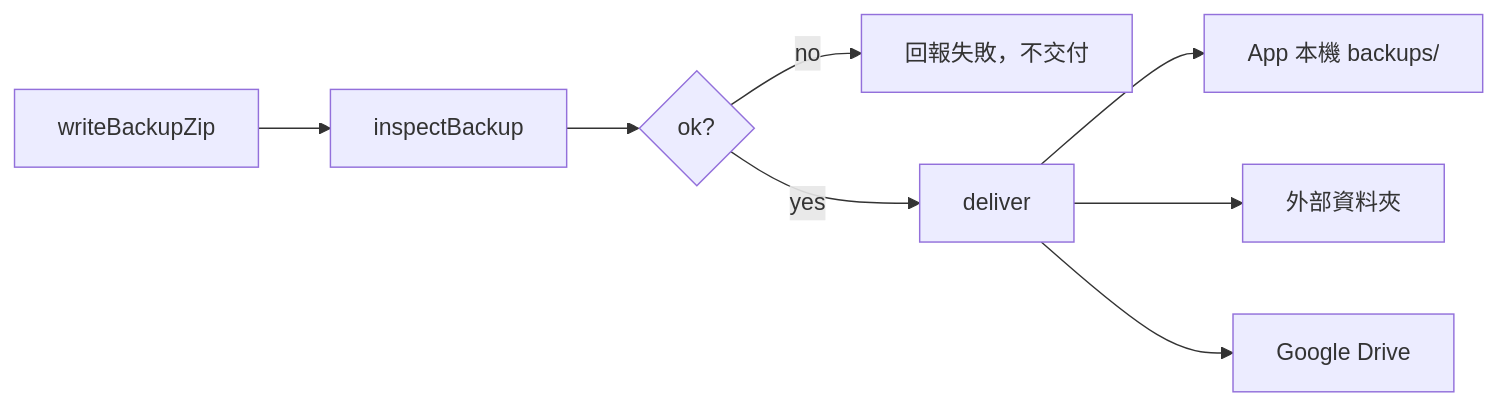
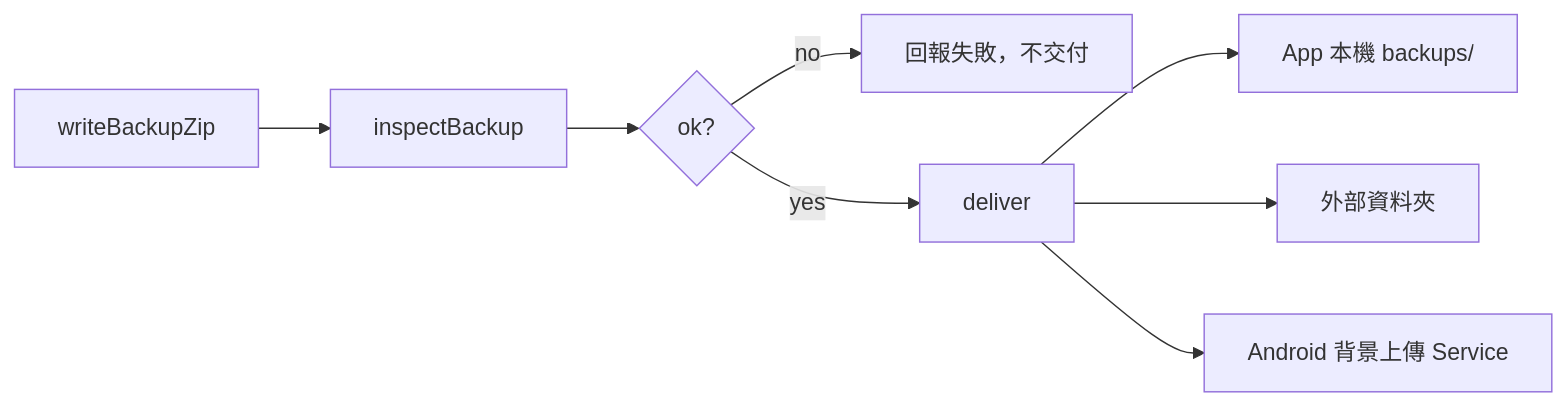
The diagram in docs/開發/功能/備份與還原.md (zack20136/quill-diary), drawn with Mermaid before and after one commit. The commit also changed other lines of this file and 43 other files, not shown here.

Commit message:
feat: 添加 Google Drive 背景上傳功能，實現上傳作業的管理與狀態追蹤，並整合通知權限請求，增強用戶體驗

````diff
--- a/docs/開發/功能/備份與還原.md
+++ b/docs/開發/功能/備份與還原.md
@@ -129,10 +130,10 @@
 ```mermaid
 flowchart LR
   W["writeBackupZip"] --> I["inspectBackup"]
   I --> D{"ok?"}
   D -->|no| X["回報失敗，不交付"]
   D -->|yes| P["deliver"]
   P --> L["App 本機 backups/"]
   P --> E["外部資料夾"]
-  P --> G["Google Drive"]
+  P --> G["Android 背景上傳 Service"]
 ```
````
